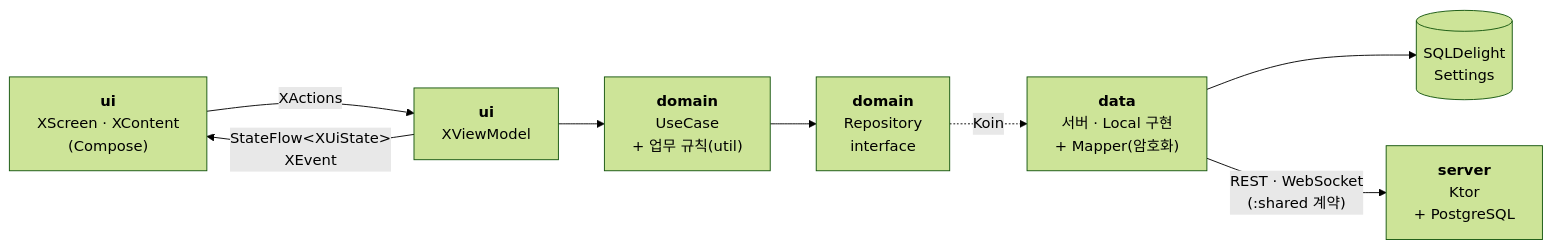
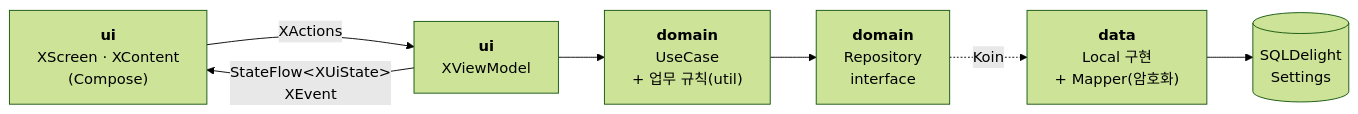
One commit to EunilSung/Securities_ODS_Mobile changed the diagram in README.md. Above: the diagram before and after it, drawn with Mermaid (forest theme). The commit also changed other lines of this file and 192 other files, not shown here.

````diff
--- a/README.md
+++ b/README.md
@@ -55,10 +51,9 @@
 ```mermaid
 flowchart LR
     A["<b>ui</b><br/>XScreen · XContent<br/>(Compose)"] -- "XActions" --> B["<b>ui</b><br/>XViewModel"]
     B -- "StateFlow&lt;XUiState&gt;<br/>XEvent" --> A
     B --> C["<b>domain</b><br/>UseCase<br/>+ 업무 규칙(util)"]
     C --> D["<b>domain</b><br/>Repository<br/>interface"]
-    D -. "Koin" .-> E["<b>data</b><br/>서버 · Local 구현<br/>+ Mapper(암호화)"]
+    D -. "Koin" .-> E["<b>data</b><br/>Local 구현<br/>+ Mapper(암호화)"]
     E --> F[("SQLDelight<br/>Settings")]
-    E -- "REST · WebSocket<br/>(:shared 계약)" --> G["<b>server</b><br/>Ktor<br/>+ PostgreSQL"]
 ```
````
